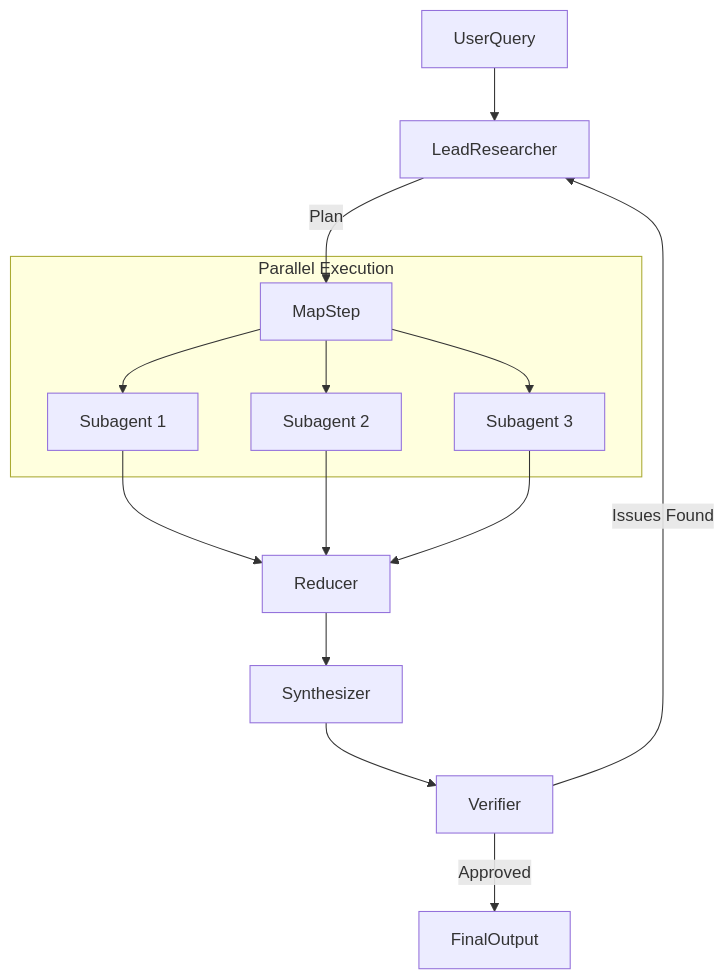
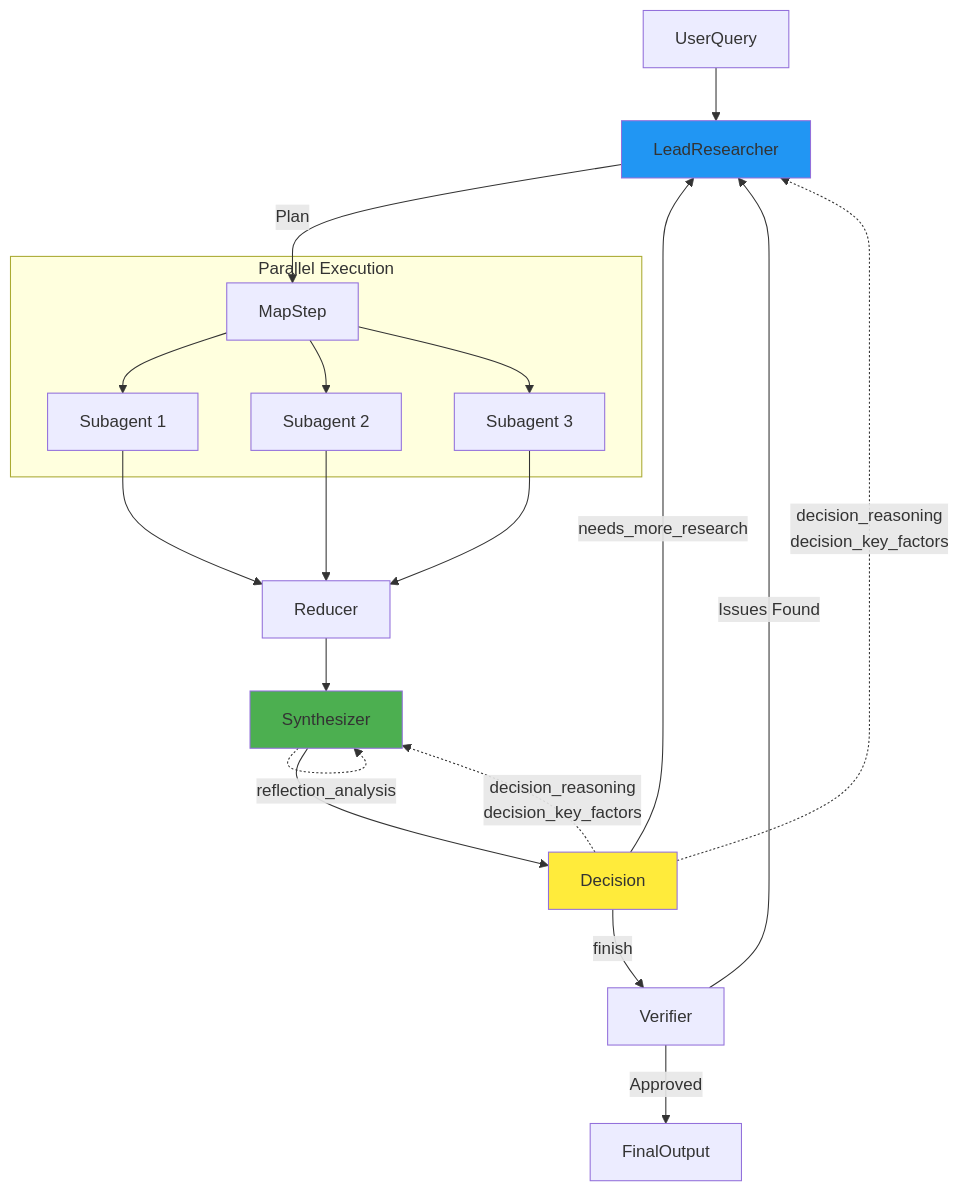
Before and after one commit to thinkinbig/langchain-demo: the diagram in research-agent/docs/WORKFLOW_DESIGN.md, drawn with Mermaid. The commit also changed other lines of this file and 26 other files, not shown here.

````diff
--- a/research-agent/docs/WORKFLOW_DESIGN.md
+++ b/research-agent/docs/WORKFLOW_DESIGN.md
@@ -54,21 +110,33 @@
 ```mermaid
 graph TD
     UserQuery --> LeadResearcher
     LeadResearcher -->|Plan| MapStep
     
     subgraph Parallel Execution
         MapStep --> S1[Subagent 1]
         MapStep --> S2[Subagent 2]
         MapStep --> S3[Subagent 3]
     end
     
     S1 --> Reducer
     S2 --> Reducer
     S3 --> Reducer
     
     Reducer --> Synthesizer
-    Synthesizer --> Verifier
+    Synthesizer -->|Reflection| Synthesizer
+    Synthesizer --> Decision
+    
+    Decision -->|needs_more_research| LeadResearcher
+    Decision -->|finish| Verifier
+    
+    Decision -.->|decision_reasoning<br/>decision_key_factors| LeadResearcher
+    Decision -.->|decision_reasoning<br/>decision_key_factors| Synthesizer
+    Synthesizer -.->|reflection_analysis| Synthesizer
     
     Verifier -->|Approved| FinalOutput
     Verifier -->|Issues Found| LeadResearcher
+    
+    style Decision fill:#ffeb3b
+    style Synthesizer fill:#4caf50
+    style LeadResearcher fill:#2196f3
 ```
````
